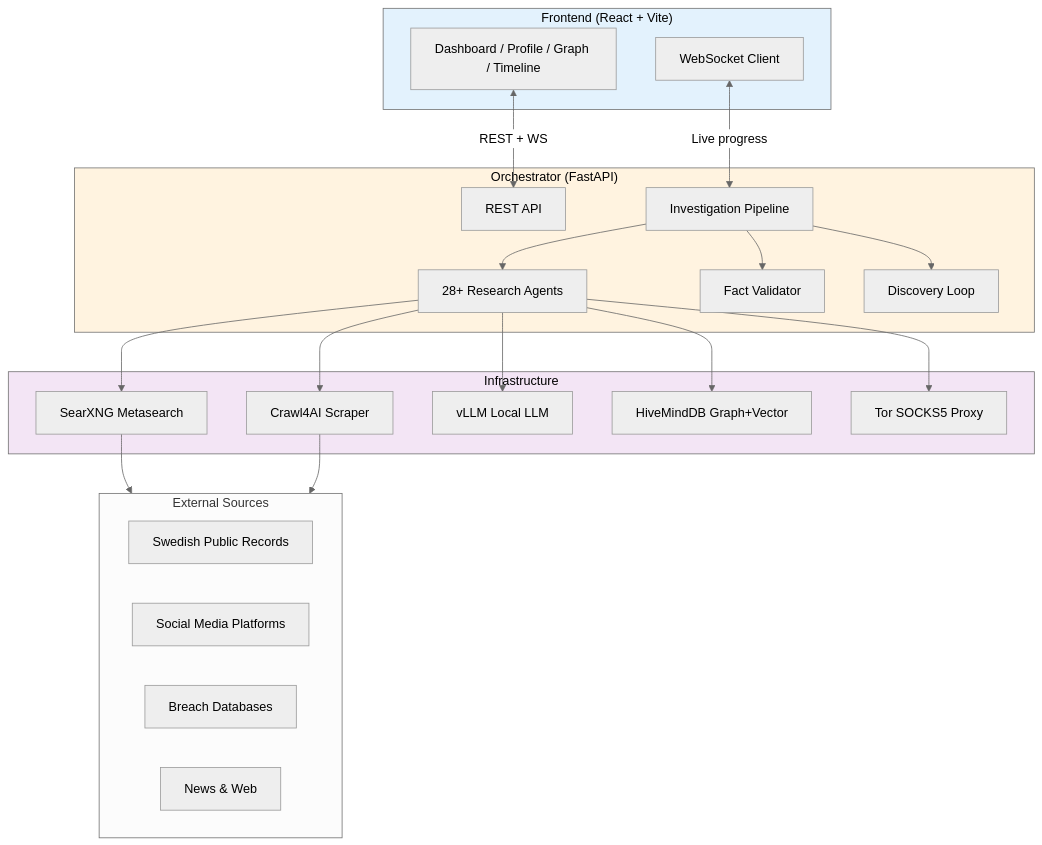
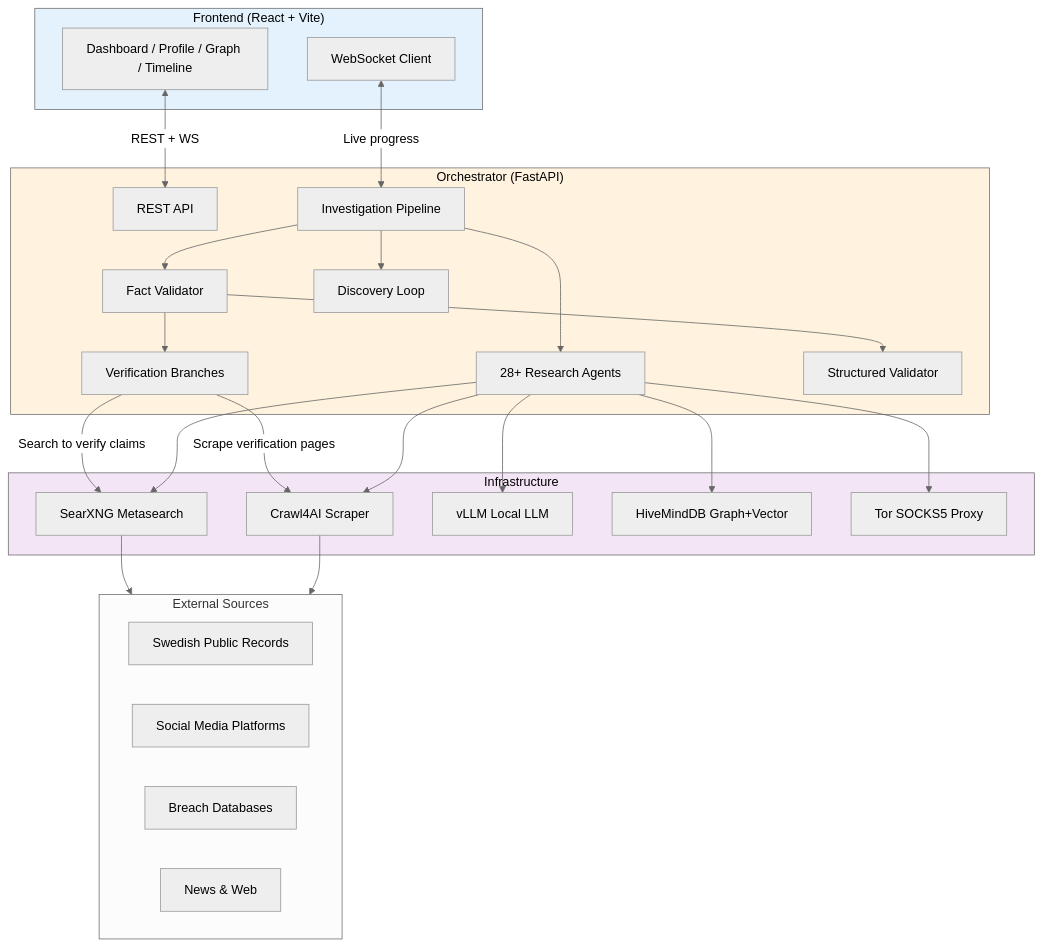
One commit to NodeNestor/Spindeln changed the fourth of 4 diagrams in README.md. Above: the diagram before and after it, drawn with Mermaid (neutral theme). The commit also changed other lines of this file and 1 other file, not shown here.

First line of the commit message:
Update README and CLAUDE.md with verification branches and structured validation

````diff
--- a/README.md
+++ b/README.md
@@ -92,47 +138,53 @@
 ```mermaid
 graph TB
     subgraph Frontend["Frontend (React + Vite)"]
         UI[Dashboard / Profile / Graph / Timeline]
         WS[WebSocket Client]
     end
 
     subgraph Orchestrator["Orchestrator (FastAPI)"]
         API[REST API]
         Pipeline[Investigation Pipeline]
         Agents[28+ Research Agents]
         Validator[Fact Validator]
+        VerBranch[Verification Branches]
+        StructVal[Structured Validator]
         Discovery[Discovery Loop]
     end
 
     subgraph Services["Infrastructure"]
         SearXNG[SearXNG Metasearch]
         Crawl4AI[Crawl4AI Scraper]
         vLLM[vLLM Local LLM]
         HiveMind[HiveMindDB Graph+Vector]
         Tor[Tor SOCKS5 Proxy]
     end
 
     subgraph External["External Sources"]
         PubRec[Swedish Public Records]
         Social[Social Media Platforms]
         Breach[Breach Databases]
         News[News & Web]
     end
 
     UI <-->|REST + WS| API
     WS <-->|Live progress| Pipeline
     Pipeline --> Agents
     Pipeline --> Validator
+    Validator --> VerBranch
+    Validator --> StructVal
+    VerBranch -->|Search to verify claims| SearXNG
+    VerBranch -->|Scrape verification pages| Crawl4AI
     Pipeline --> Discovery
     Agents --> SearXNG
     Agents --> Crawl4AI
     Agents --> vLLM
     Agents --> HiveMind
     Agents --> Tor
     SearXNG --> External
     Crawl4AI --> External
 
     style Frontend fill:#e3f2fd,color:#000
     style Orchestrator fill:#fff3e0,color:#000
     style Services fill:#f3e5f5,color:#000
 ```
````
